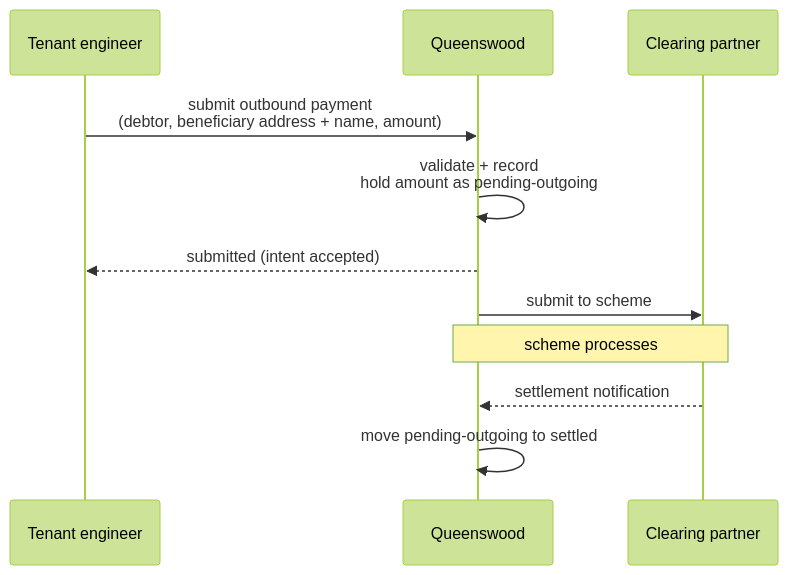
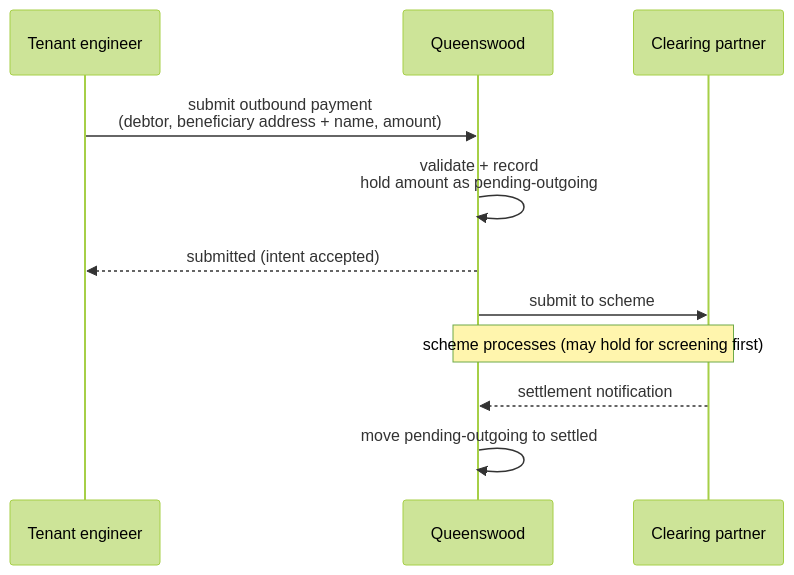
One commit to kjothen/queenswood changed the second of 7 diagrams in docs/prd/payments.md. Above: the diagram before and after it, drawn with Mermaid (forest theme). The commit also changed other lines of this file and 1 other file, not shown here.

````diff
--- a/docs/prd/payments.md
+++ b/docs/prd/payments.md
@@ -229,14 +259,14 @@
 ```mermaid
 sequenceDiagram
     participant T as Tenant engineer
     participant Q as Queenswood
     participant S as Clearing partner
 
     T->>Q: submit outbound payment<br/>(debtor, beneficiary address + name, amount)
     Q->>Q: validate + record<br/>hold amount as pending-outgoing
     Q-->>T: submitted (intent accepted)
     Q->>S: submit to scheme
-    Note over Q,S: scheme processes
+    Note over Q,S: scheme processes (may hold for screening first)
     S-->>Q: settlement notification
     Q->>Q: move pending-outgoing to settled
 ```
````
